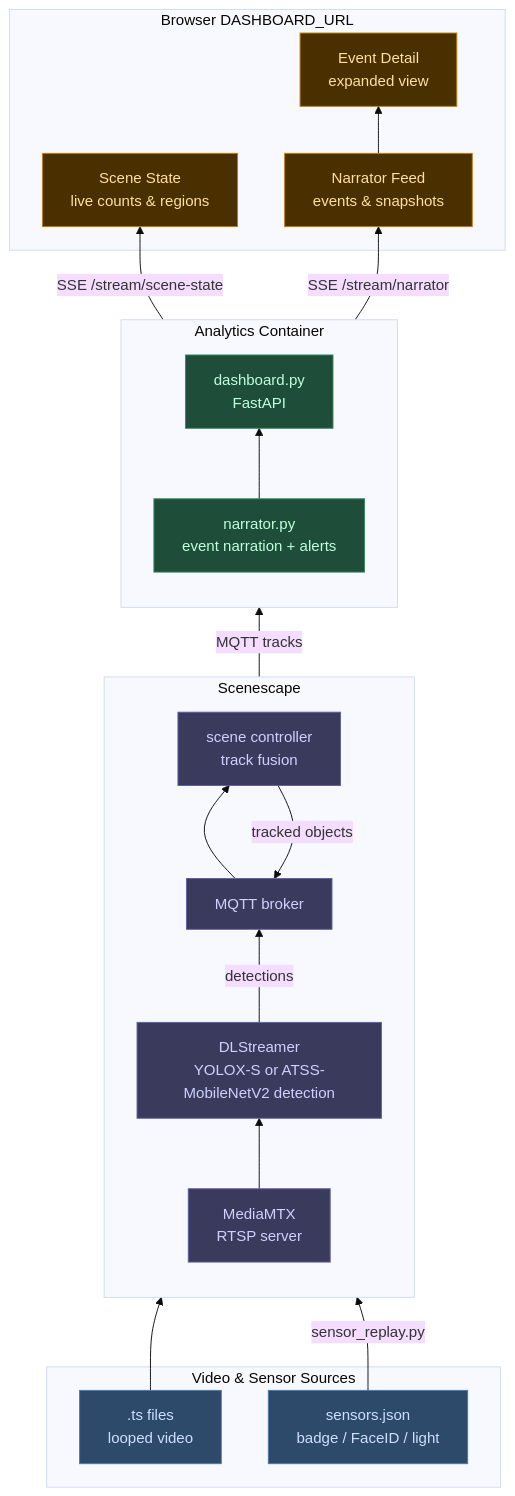
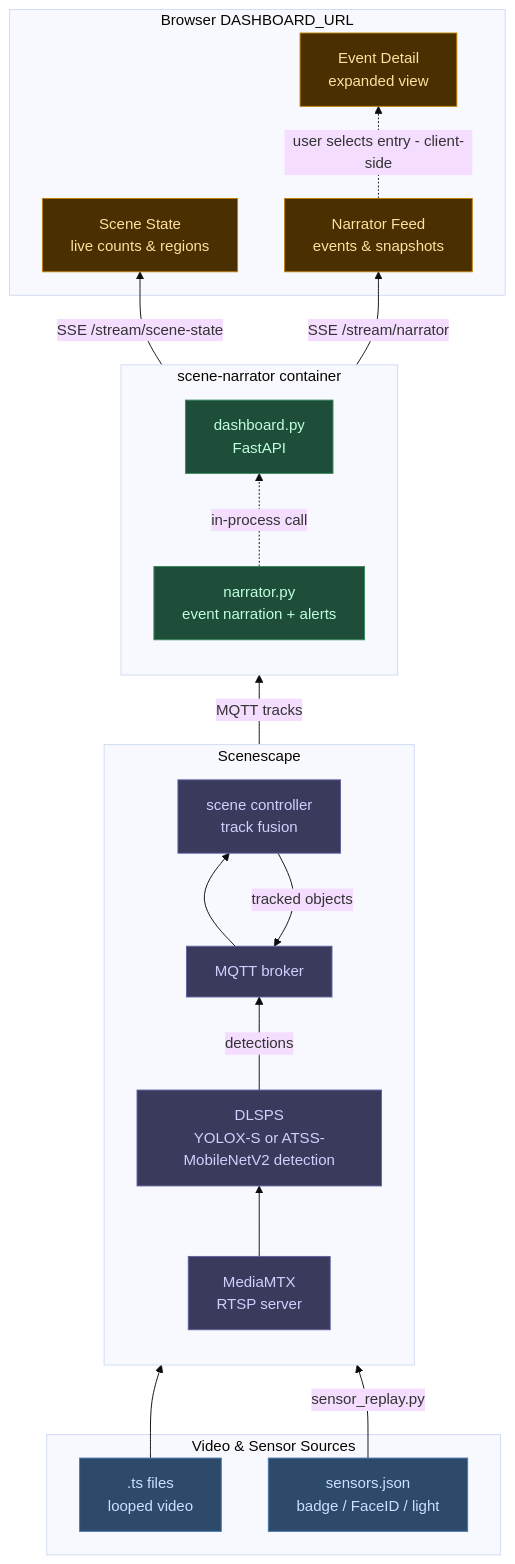
Before and after one commit to jbuksinski-intel/metro-ai-suite: the diagram in smart-building-digital-twin/README.md, drawn with Mermaid (base theme). The commit also changed 1 other file, not shown here.

Commit message:
smart building digital twin: update diagram (#4463)

````diff
--- a/smart-building-digital-twin/README.md
+++ b/smart-building-digital-twin/README.md
@@ -28,48 +28,48 @@
 ```mermaid
 flowchart BT
     subgraph src["Video &amp; Sensor Sources"]
         TS[".ts files<br/>looped video"]
         SJSON["sensors.json<br/>badge / FaceID / light"]
     end
 
     subgraph ss["Scenescape"]
         direction BT
         MTX["MediaMTX<br/>RTSP server"]
-        DLS["DLStreamer<br/>YOLOX-S or ATSS-MobileNetV2 detection"]
+        DLSPS["DLSPS<br/>YOLOX-S or ATSS-MobileNetV2 detection"]
         CTRL["scene controller<br/>track fusion"]
         BROKER["MQTT broker"]
-        MTX --> DLS -->|detections| BROKER
+        MTX --> DLSPS -->|detections| BROKER
         CTRL -->|tracked objects| BROKER
         BROKER --> CTRL
     end
 
-    subgraph analytics["Analytics Container"]
+    subgraph narrsvc["scene-narrator container"]
         direction BT
         NAR["narrator.py<br/>event narration + alerts"]
         DASH["dashboard.py<br/>FastAPI"]
-        NAR --> DASH
+        NAR -.->|in-process call| DASH
     end
 
     subgraph ui["Browser  DASHBOARD_URL"]
         STATE["Scene State<br/>live counts &amp; regions"]
         FEED["Narrator Feed<br/>events &amp; snapshots"]
         DETAIL["Event Detail<br/>expanded view"]
     end
 
     TS --> MTX
     SJSON -->|sensor_replay.py| BROKER
     BROKER -->|MQTT tracks| NAR
     DASH -->|SSE /stream/scene-state| STATE
     DASH -->|SSE /stream/narrator| FEED
-    FEED --> DETAIL
+    FEED -.->|user selects entry - client-side| DETAIL
 
     classDef source  fill:#2d4a6b,stroke:#4a7aab,color:#cce0ff
     classDef infra   fill:#3a3a5c,stroke:#6060a0,color:#d0d0ff
     classDef app     fill:#1e4d3a,stroke:#3a8a5a,color:#c0ffdc
     classDef browser fill:#4a3000,stroke:#c08000,color:#ffe0a0
 
     class TS,SJSON source
-    class MTX,DLS,CTRL,BROKER infra
+    class MTX,DLSPS,CTRL,BROKER infra
     class NAR,DASH app
     class STATE,FEED,DETAIL browser
 ```
````
